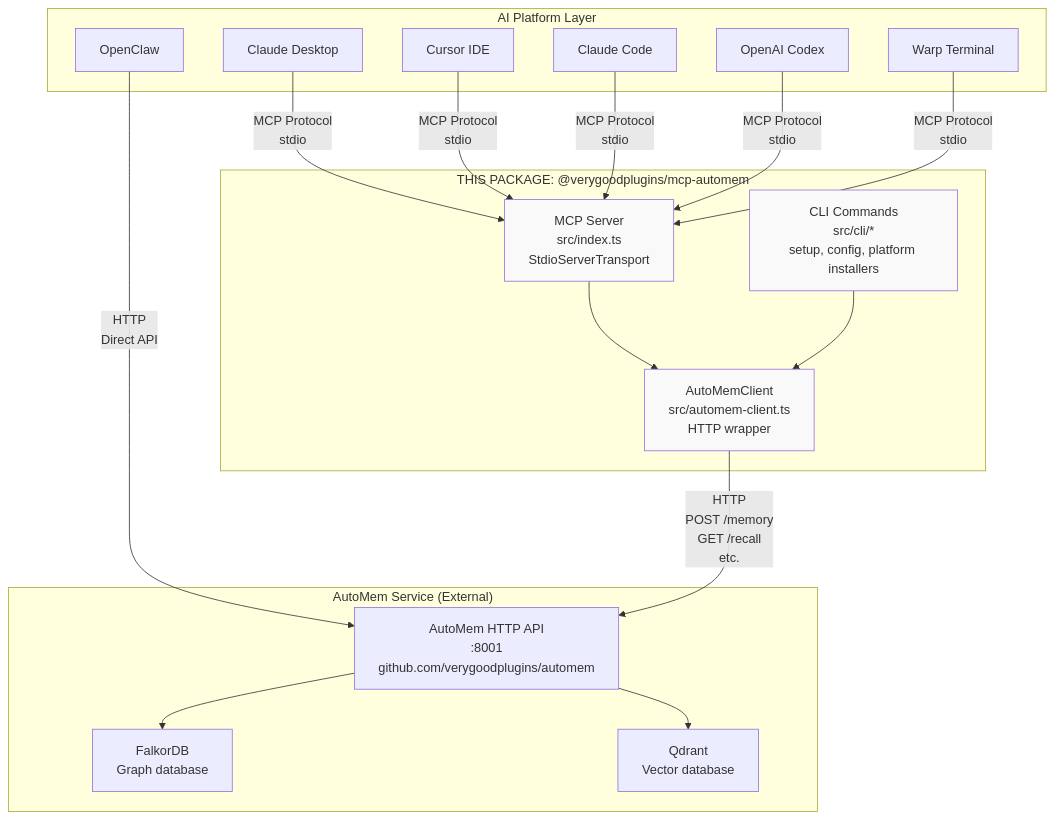
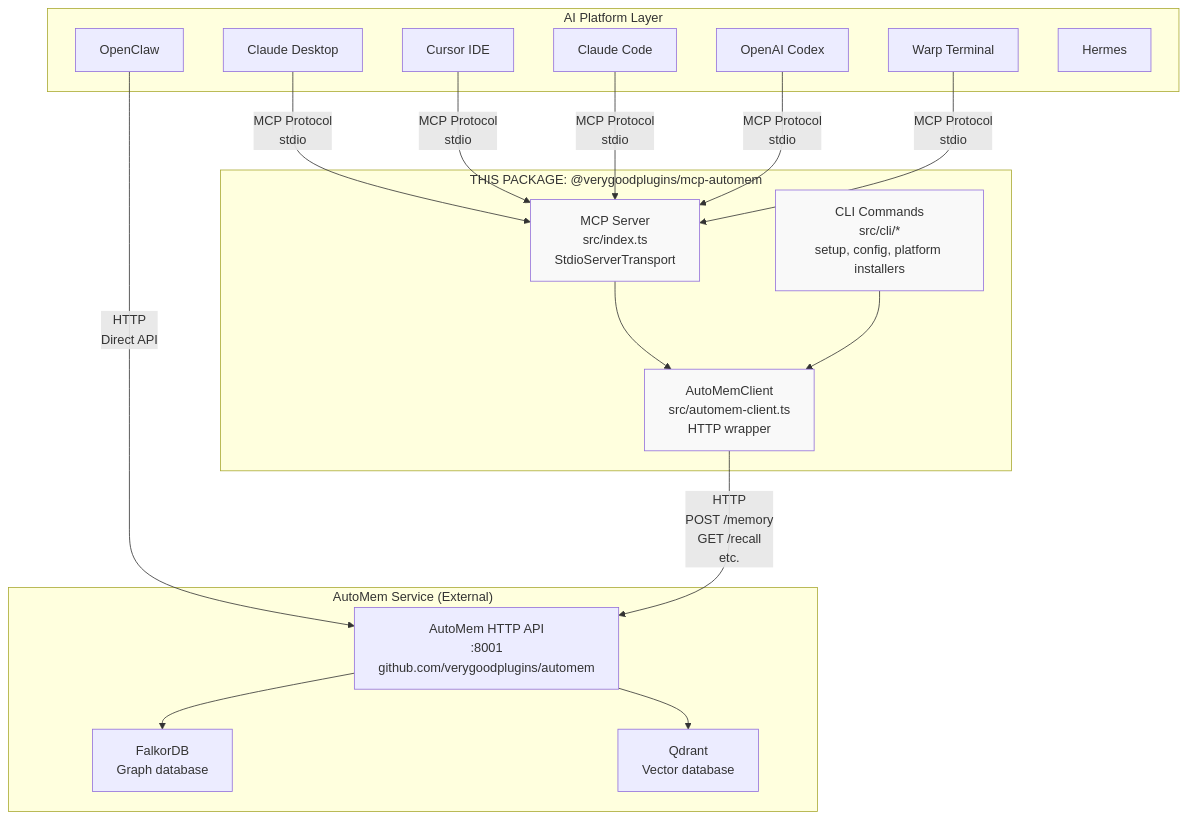
The second of 2 diagrams in src/content/docs/docs/getting-started/introduction.md (verygoodplugins/automem-website), drawn with Mermaid before and after one commit. The commit also changed other lines of this file and 23 other files, not shown here.

````diff
--- a/src/content/docs/docs/getting-started/introduction.md
+++ b/src/content/docs/docs/getting-started/introduction.md
@@ -113,42 +123,43 @@
 ```mermaid
 graph TB
     subgraph "AI Platform Layer"
         CD["Claude Desktop"]
         CUR["Cursor IDE"]
         CC["Claude Code"]
         COD["OpenAI Codex"]
         WARP["Warp Terminal"]
         OC["OpenClaw"]
+        HERM["Hermes"]
     end
 
     subgraph "THIS PACKAGE: @verygoodplugins/mcp-automem"
         SERVER["MCP Server<br/>src/index.ts<br/>StdioServerTransport"]
         CLI["CLI Commands<br/>src/cli/*<br/>setup, config, platform installers"]
         CLIENT["AutoMemClient<br/>src/automem-client.ts<br/>HTTP wrapper"]
 
         SERVER --> CLIENT
         CLI --> CLIENT
     end
 
     subgraph "AutoMem Service (External)"
         API["AutoMem HTTP API<br/>:8001<br/>github.com/verygoodplugins/automem"]
         FALKOR["FalkorDB<br/>Graph database"]
         QDRANT["Qdrant<br/>Vector database"]
 
         API --> FALKOR
         API --> QDRANT
     end
 
     CD -->|"MCP Protocol<br/>stdio"| SERVER
     CUR -->|"MCP Protocol<br/>stdio"| SERVER
     CC -->|"MCP Protocol<br/>stdio"| SERVER
     COD -->|"MCP Protocol<br/>stdio"| SERVER
     WARP -->|"MCP Protocol<br/>stdio"| SERVER
     OC -->|"HTTP<br/>Direct API"| API
 
     CLIENT -->|"HTTP<br/>POST /memory<br/>GET /recall<br/>etc."| API
 
     style SERVER fill:#f9f9f9
     style CLIENT fill:#f9f9f9
     style CLI fill:#f9f9f9
 ```
````
